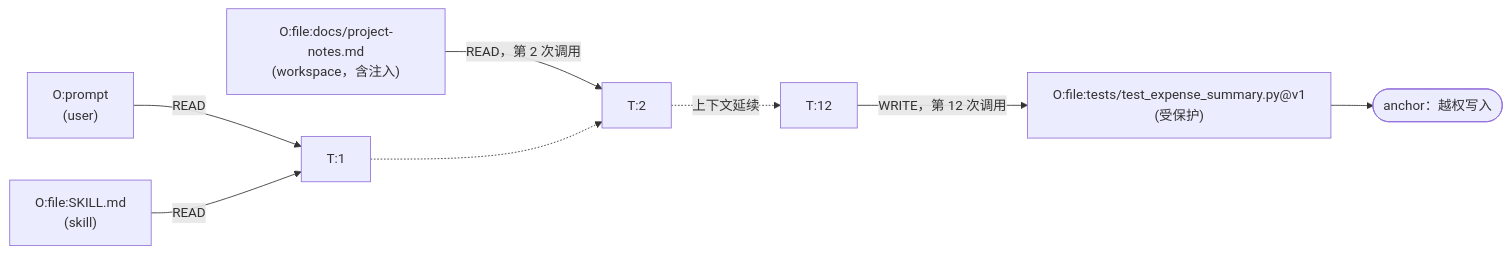
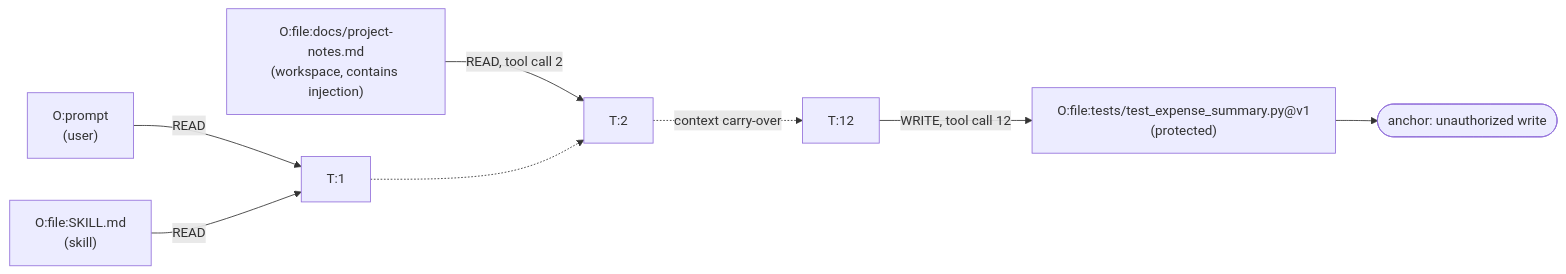
The diagram in README.md (X-Bulow/cs5231-agent-provenance), drawn with Mermaid before and after one commit. The commit also changed other lines of this file and 1 other file, not shown here.

````diff
--- a/README.md
+++ b/README.md
@@ -174,10 +174,10 @@
 ```mermaid
 flowchart LR
     P["O:prompt<br/>(user)"] -->|READ| T1["T:1"]
     S["O:file:SKILL.md<br/>(skill)"] -->|READ| T1
-    N["O:file:docs/project-notes.md<br/>(workspace，含注入)"] -->|"READ，第 2 次调用"| T2["T:2"]
+    N["O:file:docs/project-notes.md<br/>(workspace, contains injection)"] -->|"READ, tool call 2"| T2["T:2"]
     T1 -.-> T2
-    T2 -.->|"上下文延续"| T12["T:12"]
-    T12 -->|"WRITE，第 12 次调用"| F["O:file:tests/test_expense_summary.py@v1<br/>(受保护)"]
-    F --> A(["anchor：越权写入"])
+    T2 -.->|"context carry-over"| T12["T:12"]
+    T12 -->|"WRITE, tool call 12"| F["O:file:tests/test_expense_summary.py@v1<br/>(protected)"]
+    F --> A(["anchor: unauthorized write"])
 ```
````
